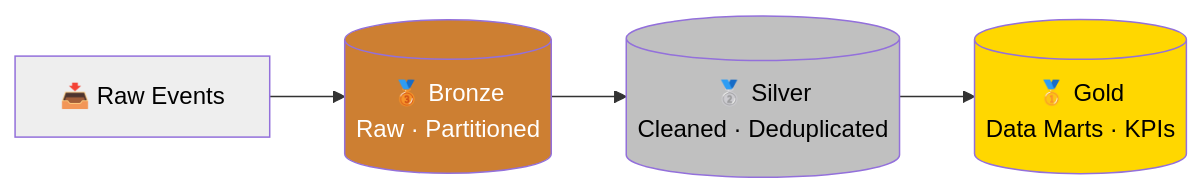
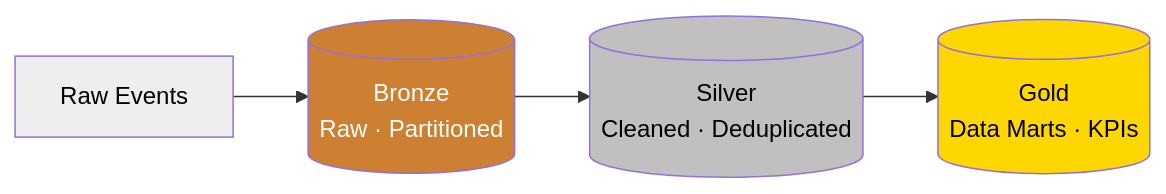
One commit to naveenkumark2830-spec/On-Premise-Real-Time-Retail-Data-Platform- changed the second of 2 diagrams in README.md. Above: the diagram before and after it, drawn with Mermaid. The commit also changed other lines of this file, not shown here.

````diff
--- a/README.md
+++ b/README.md
@@ -160,11 +160,11 @@
 ```mermaid
 flowchart LR
-    RAW[📥 Raw Events] --> BRONZE[(🥉 Bronze<br/>Raw · Partitioned)]
-    BRONZE --> SILVER[(🥈 Silver<br/>Cleaned · Deduplicated)]
-    SILVER --> GOLD[(🥇 Gold<br/>Data Marts · KPIs)]
+    RAW[ Raw Events] --> BRONZE[( Bronze<br/>Raw · Partitioned)]
+    BRONZE --> SILVER[(Silver<br/>Cleaned · Deduplicated)]
+    SILVER --> GOLD[(Gold<br/>Data Marts · KPIs)]
 
     style RAW fill:#eee,color:#000
     style BRONZE fill:#CD7F32,color:#fff
     style SILVER fill:#C0C0C0,color:#000
     style GOLD fill:#FFD700,color:#000
 ```
````
